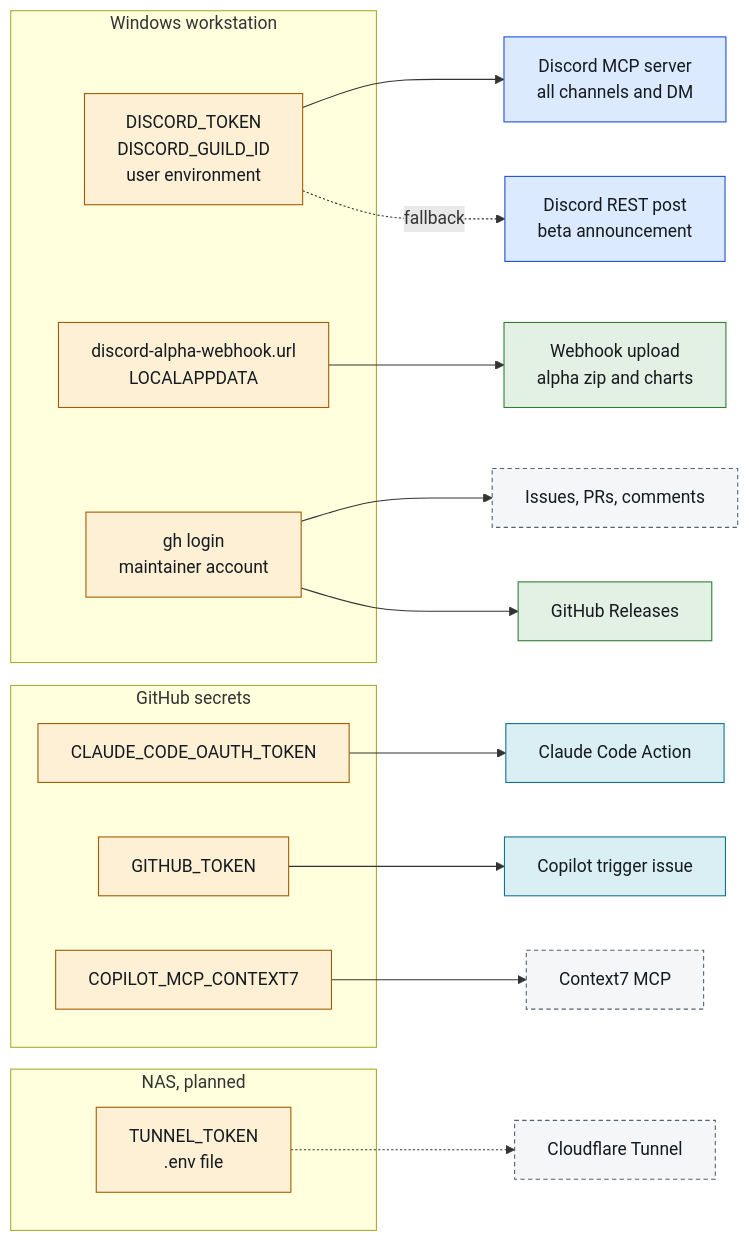
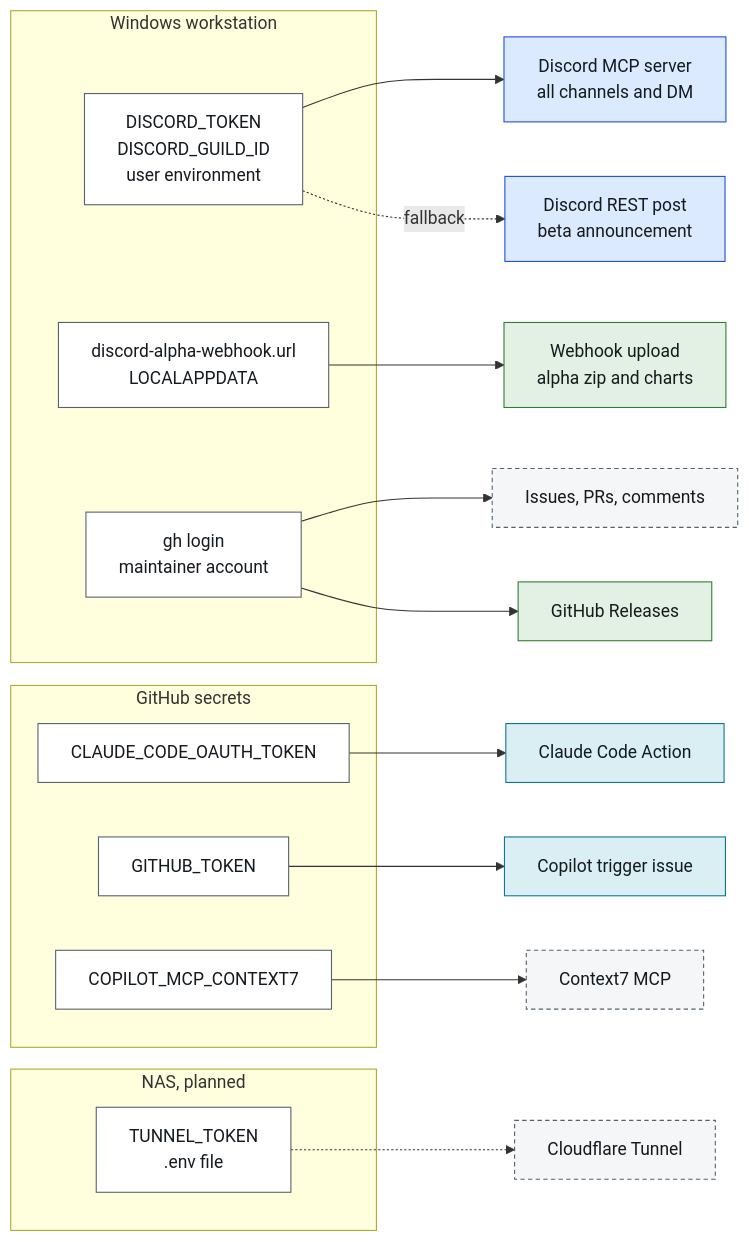
Diagram 46 of 50 in docs/process/agentic-setup.md (rvdbreemen/OTGW-firmware), drawn with Mermaid before and after one commit. The commit also changed other lines of this file, not shown here.

````diff
--- a/docs/process/agentic-setup.md
+++ b/docs/process/agentic-setup.md
@@ -3151,35 +3172,35 @@
 ```mermaid
 flowchart LR
   classDef human fill:#fde7d9,stroke:#c2410c,color:#151a1f
   classDef agent fill:#d9eff4,stroke:#0e7490,color:#151a1f
   classDef bot fill:#dbeafe,stroke:#1d4ed8,color:#151a1f
   classDef gate fill:#fdf0d5,stroke:#a15c00,color:#151a1f
   classDef store fill:#ffffff,stroke:#56616c,color:#151a1f
   classDef ext fill:#f4f6f7,stroke:#56616c,color:#151a1f,stroke-dasharray:4 3
   classDef stop fill:#fde4e1,stroke:#b42318,color:#151a1f
   classDef ship fill:#e3f1e4,stroke:#2f7d32,color:#151a1f
 
   subgraph WSK["Windows workstation"]
-    K1["DISCORD_TOKEN<br/>DISCORD_GUILD_ID<br/>user environment"]:::gate
-    K2["discord-alpha-webhook.url<br/>LOCALAPPDATA"]:::gate
-    K3["gh login<br/>maintainer account"]:::gate
+    K1["DISCORD_TOKEN<br/>DISCORD_GUILD_ID<br/>user environment"]:::store
+    K2["discord-alpha-webhook.url<br/>LOCALAPPDATA"]:::store
+    K3["gh login<br/>maintainer account"]:::store
   end
   subgraph GHS["GitHub secrets"]
-    K4["CLAUDE_CODE_OAUTH_TOKEN"]:::gate
-    K5["GITHUB_TOKEN"]:::gate
-    K6["COPILOT_MCP_CONTEXT7"]:::gate
+    K4["CLAUDE_CODE_OAUTH_TOKEN"]:::store
+    K5["GITHUB_TOKEN"]:::store
+    K6["COPILOT_MCP_CONTEXT7"]:::store
   end
   subgraph NAS["NAS, planned"]
-    K7["TUNNEL_TOKEN<br/>.env file"]:::gate
+    K7["TUNNEL_TOKEN<br/>.env file"]:::store
   end
 
   K1 --> U1["Discord MCP server<br/>all channels and DM"]:::bot
   K1 -.->|"fallback"| U2["Discord REST post<br/>beta announcement"]:::bot
   K2 --> U3["Webhook upload<br/>alpha zip and charts"]:::ship
   K3 --> U4["Issues, PRs, comments"]:::ext
   K3 --> U5["GitHub Releases"]:::ship
   K4 --> U6["Claude Code Action"]:::agent
   K5 --> U7["Copilot trigger issue"]:::agent
   K6 --> U8["Context7 MCP"]:::ext
   K7 -.-> U9["Cloudflare Tunnel"]:::ext
 ```
````
